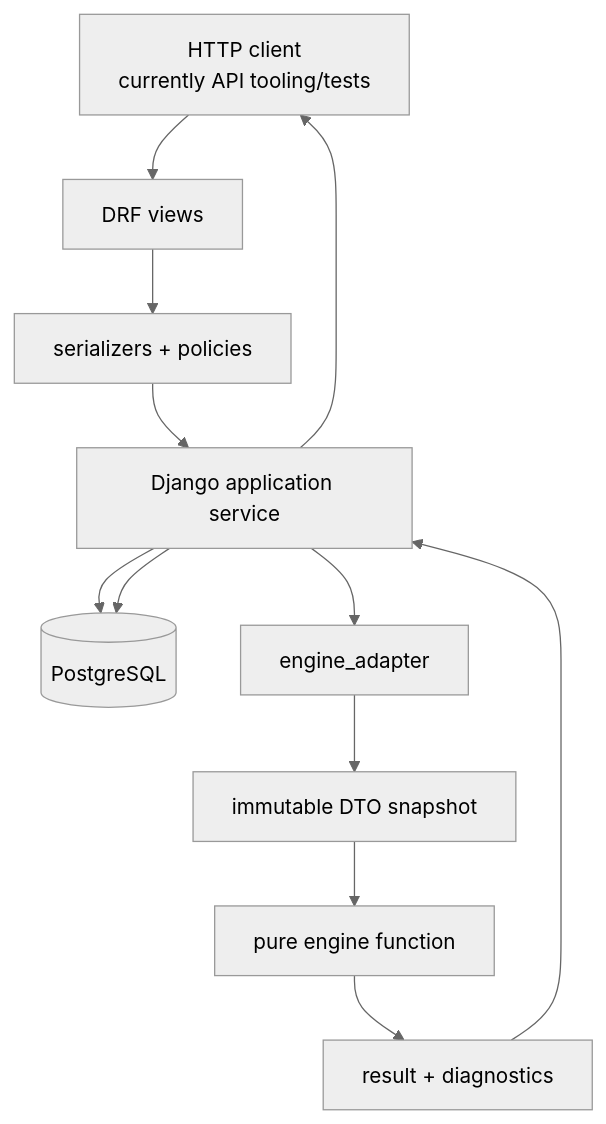
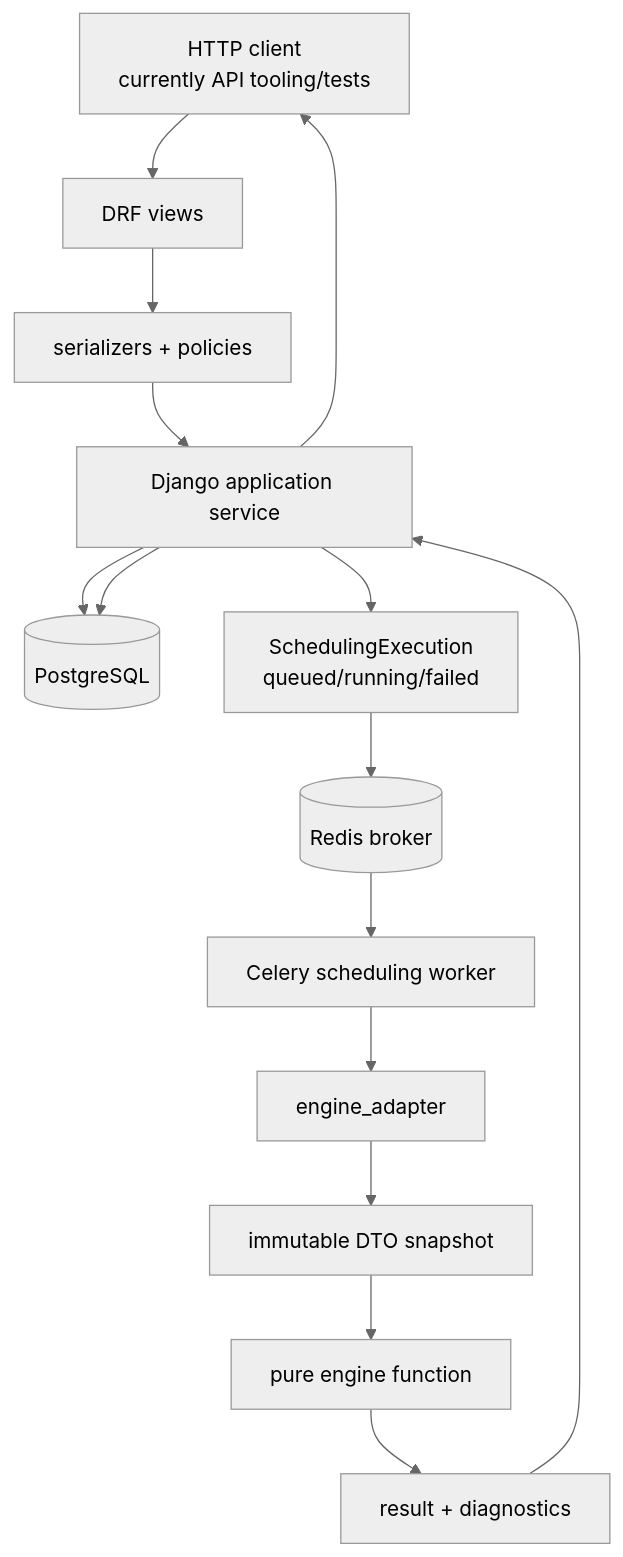
The fifth of 6 diagrams in docs/Software_Design_Document.md (Yvan-DeSouza/School-Schedule-Optimizer), drawn with Mermaid (neutral theme) before and after one commit. The commit also changed other lines of this file and 24 other files, not shown here.

First line of the commit message:
feat(scheduling): add Celery-backed asynchronous solver execution

````diff
--- a/docs/Software_Design_Document.md
+++ b/docs/Software_Design_Document.md
@@ -580,14 +588,17 @@
 ```mermaid
 flowchart TD
     CLIENT["HTTP client\ncurrently API tooling/tests"] --> VIEWS["DRF views"]
     VIEWS --> SERIAL["serializers + policies"]
     SERIAL --> SERVICE["Django application service"]
     SERVICE --> DB[(PostgreSQL)]
-    SERVICE --> ADAPTER["engine_adapter"]
+    SERVICE --> EXEC["SchedulingExecution\nqueued/running/failed"]
+    EXEC --> REDIS[(Redis broker)]
+    REDIS --> WORKER["Celery scheduling worker"]
+    WORKER --> ADAPTER["engine_adapter"]
     ADAPTER --> SNAP["immutable DTO snapshot"]
     SNAP --> ENGINE["pure engine function"]
     ENGINE --> RESULT["result + diagnostics"]
     RESULT --> SERVICE
     SERVICE --> DB
     SERVICE --> CLIENT
 ```
````
